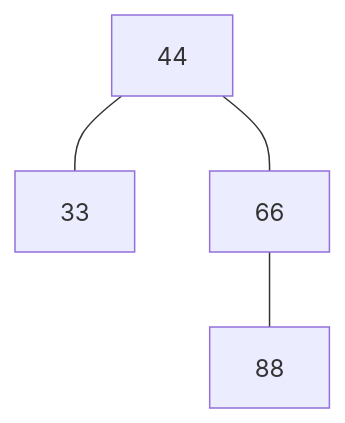
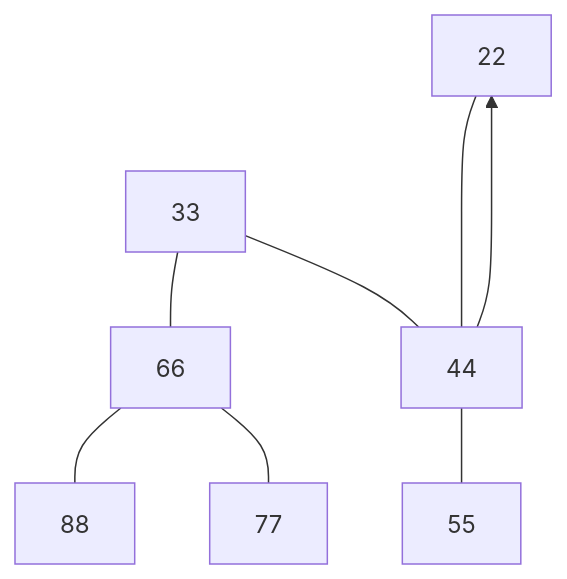
One commit to Tiggax/Zapiski changed the fourth of 6 diagrams in 2. Letnik/Podatkovne strukture in algoritmi/vaje 8-12-2021.md. Above: the diagram before and after it, drawn with Mermaid. The commit also changed other lines of this file and 1 other file, not shown here.

````diff
--- a/2. Letnik/Podatkovne strukture in algoritmi/vaje 8-12-2021.md
+++ b/2. Letnik/Podatkovne strukture in algoritmi/vaje 8-12-2021.md
@@ -33,7 +34,10 @@
 ```mermaid
 graph TD
-44---66
-44---33
+33---66
+33---44
 66---88
-
+66---77
+44---55
+44--->22
+22<---44
 ```
````
